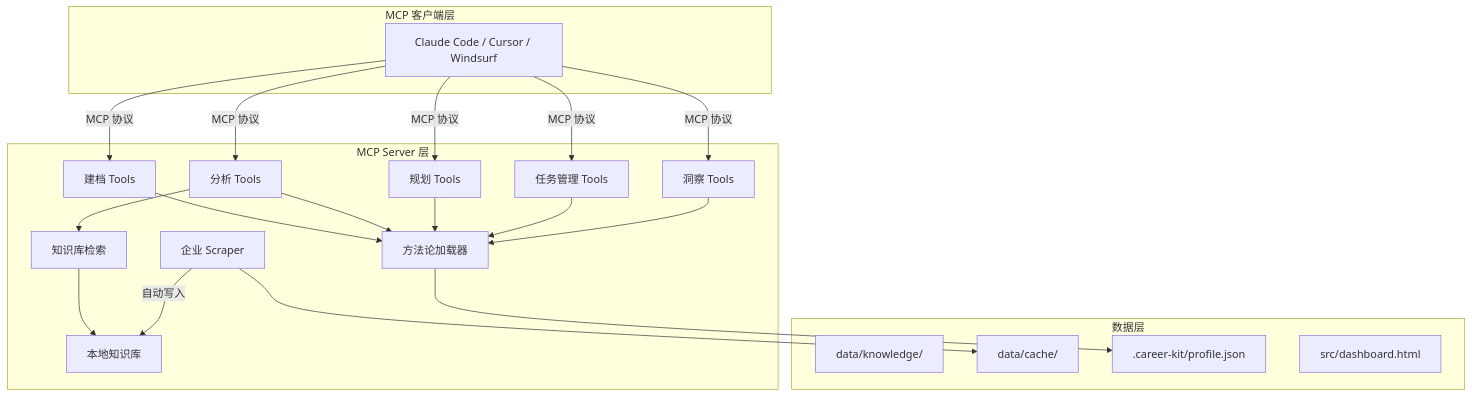
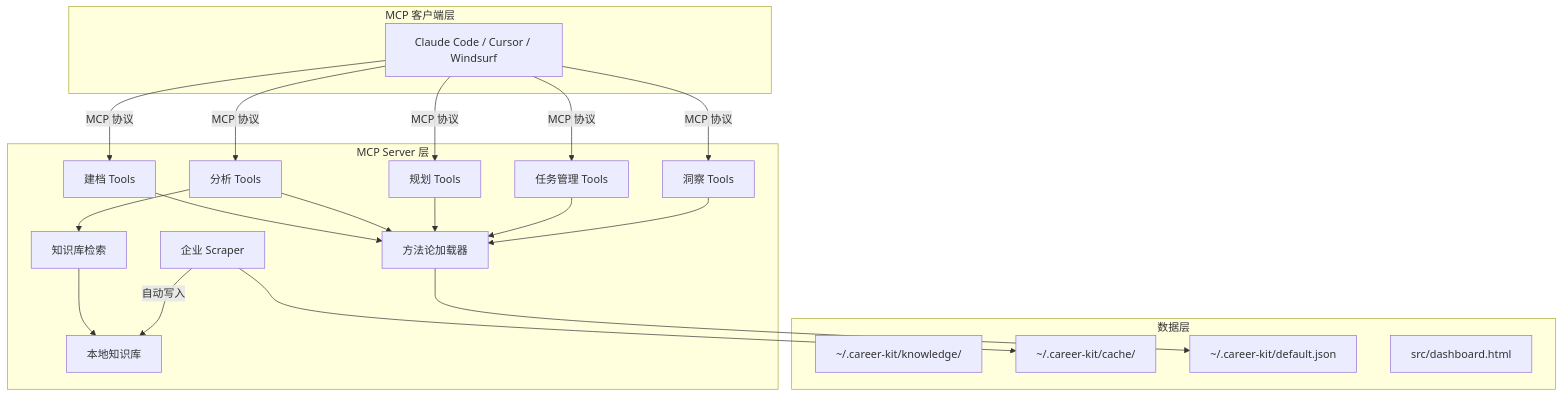
Before and after one commit to Wuuuuuuuuuz/career-kit: the first of 2 diagrams in docs/architecture.md, drawn with Mermaid. The commit also changed other lines of this file and 23 other files, not shown here.

First line of the commit message:
refactor: 用户数据统一落位 ~/.career-kit，包内 data/ 停用

````diff
--- a/docs/architecture.md
+++ b/docs/architecture.md
@@ -23,45 +23,45 @@
 ```mermaid
 graph TB
     subgraph "MCP 客户端层"
         A[Claude Code / Cursor / Windsurf]
     end
     
     subgraph "MCP Server 层"
         B[建档 Tools]
         C[分析 Tools]
         D[规划 Tools]
         E[任务管理 Tools]
         F[洞察 Tools]
 
         G[方法论加载器]
         H[知识库检索]
 
         I[本地知识库]
         J[企业 Scraper]
     end
 
     subgraph "数据层"
-        L[data/knowledge/]
-        M[data/cache/]
-        N[.career-kit/profile.json]
+        L[~/.career-kit/knowledge/]
+        M[~/.career-kit/cache/]
+        N[~/.career-kit/default.json]
         P[src/dashboard.html]
     end
 
     A -->|MCP 协议| B
     A -->|MCP 协议| C
     A -->|MCP 协议| D
     A -->|MCP 协议| E
     A -->|MCP 协议| F
 
     B --> G
     C --> G
     D --> G
     E --> G
     F --> G
 
     C --> H
     H --> I
     J -->|自动写入| I
     J --> M
     G --> N
 ```
````
